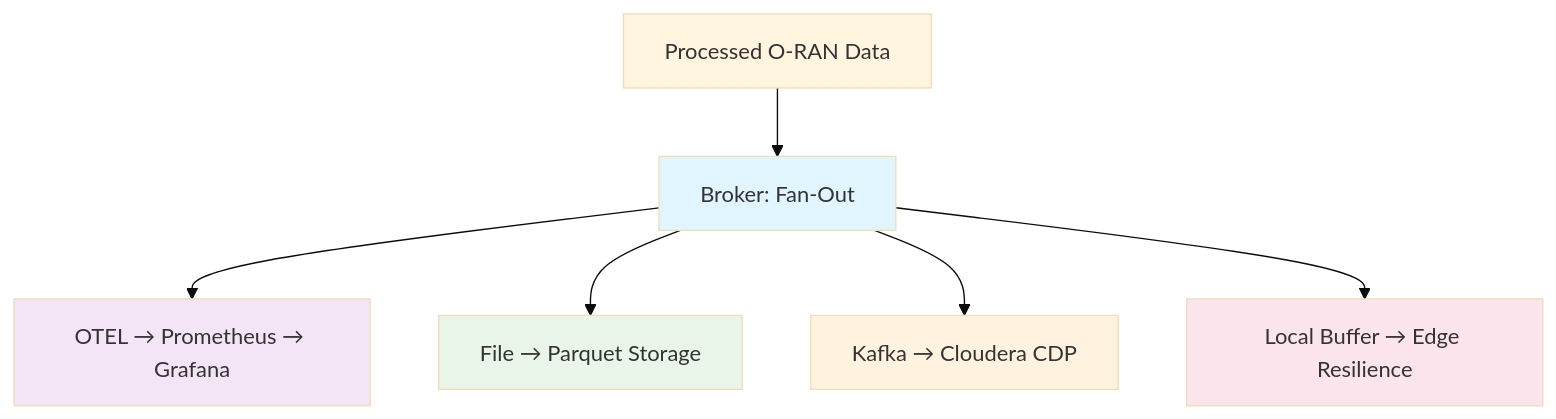
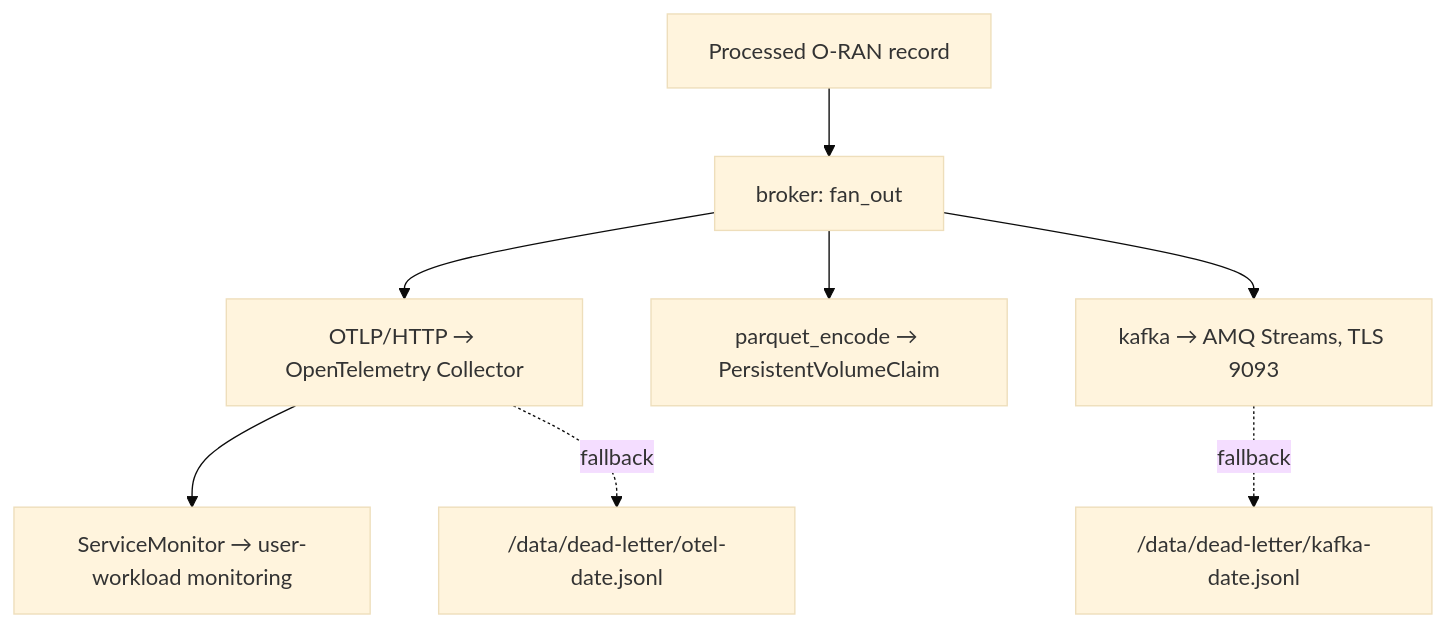
Before and after one commit to expanso-io/examples.expanso.io: the diagram in docs/integrations/oran-telco-pipeline/step-3-multi-destination-routing.mdx, drawn with Mermaid (base theme). The commit also changed other lines of this file and 39 other files, not shown here.

First line of the commit message:
fix: align O-RAN telemetry example with Single-Node OpenShift (#47)

````diff
--- a/docs/integrations/oran-telco-pipeline/step-3-multi-destination-routing.mdx
+++ b/docs/integrations/oran-telco-pipeline/step-3-multi-destination-routing.mdx
@@ -27,14 +26,10 @@
 ```mermaid
 graph TD
-    A[Processed O-RAN Data] --> B[Broker: Fan-Out]
-    B --> C[OTEL → Prometheus → Grafana]
-    B --> D[File → Parquet Storage]
-    B --> E[Kafka → Cloudera CDP]
-    B --> F[Local Buffer → Edge Resilience]
-
-    style B fill:#e1f5fe
-    style C fill:#f3e5f5
-    style D fill:#e8f5e8
-    style E fill:#fff3e0
-    style F fill:#fce4ec
+    A[Processed O-RAN record] --> B[broker: fan_out]
+    B --> C[OTLP/HTTP → OpenTelemetry Collector]
+    C --> C2[ServiceMonitor → user-workload monitoring]
+    B --> D[parquet_encode → PersistentVolumeClaim]
+    B --> E[kafka → AMQ Streams, TLS 9093]
+    C -. fallback .-> F["/data/dead-letter/otel-date.jsonl"]
+    E -. fallback .-> G["/data/dead-letter/kafka-date.jsonl"]
 ```
````
